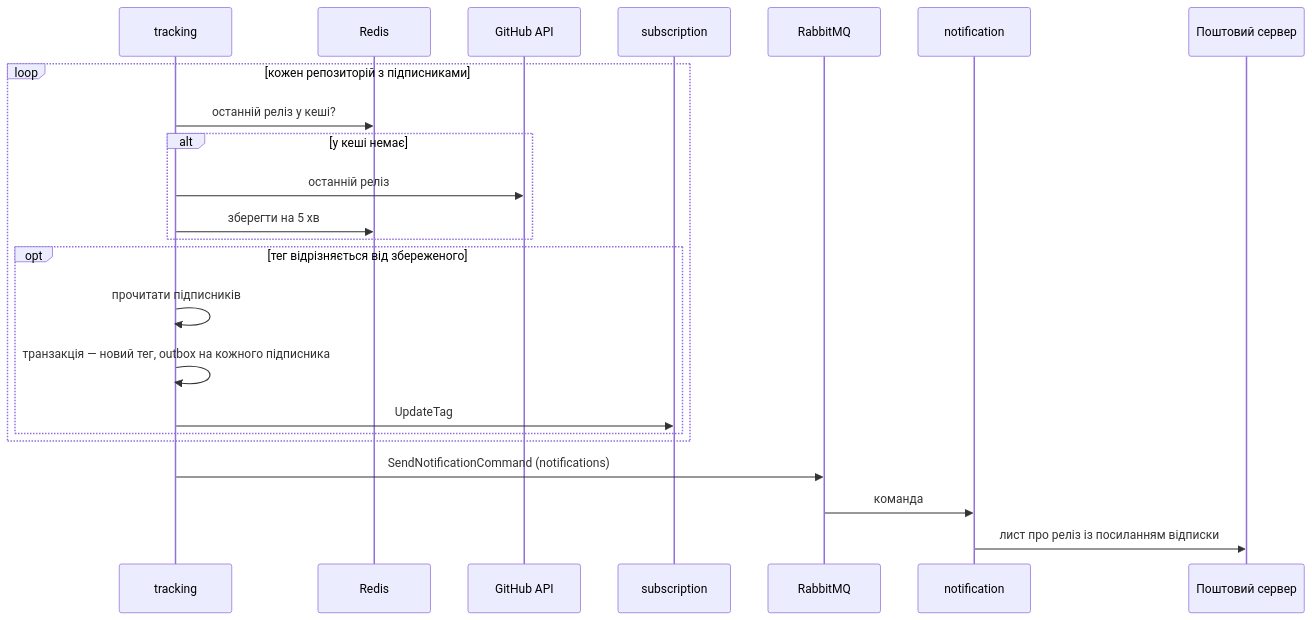
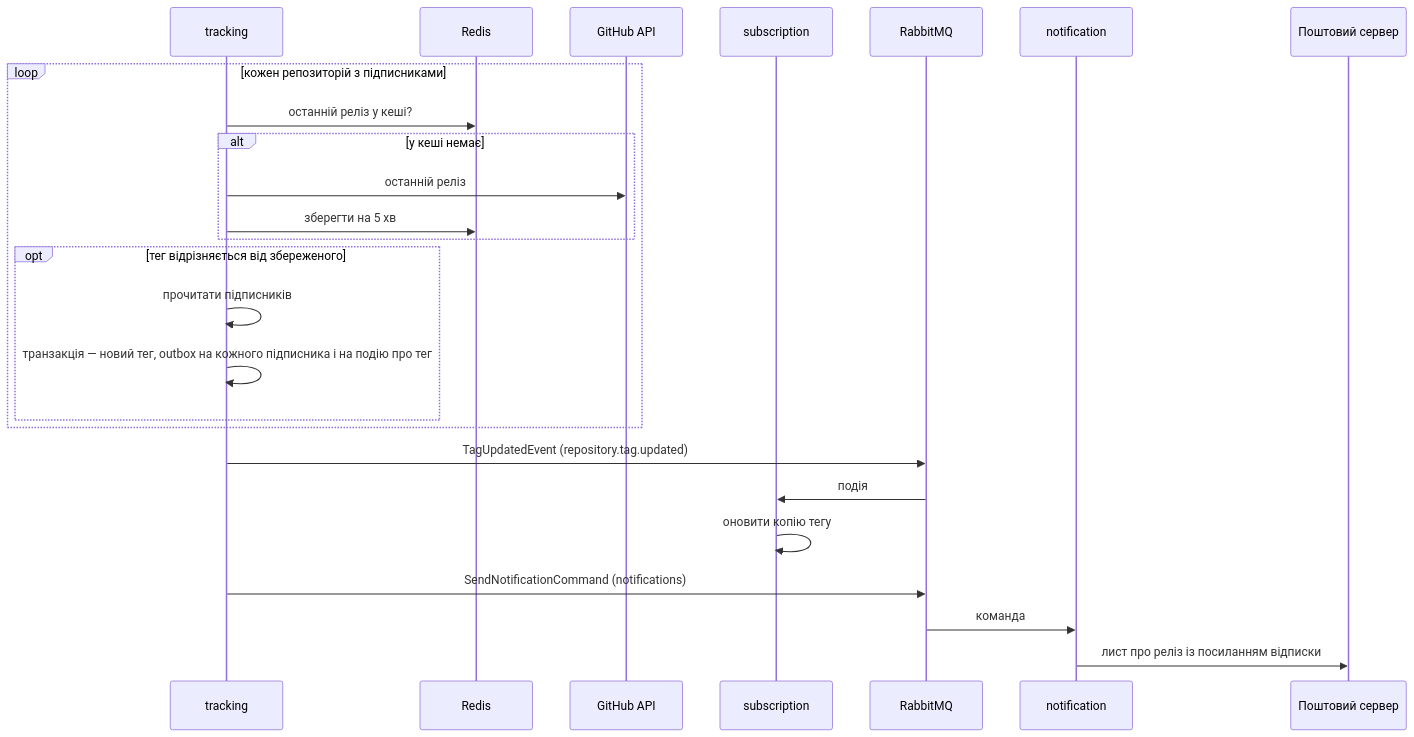
The eighth of 9 diagrams in spec.md (ReilEgor/GitHubRepoNotifier), drawn with Mermaid before and after one commit. The commit also changed other lines of this file and 6 other files, not shown here.

First line of the commit message:
fix(tracking): publish tag updates as an event instead of calling subscription

````diff
--- a/spec.md
+++ b/spec.md
@@ -479,25 +479,27 @@
 ```mermaid
 sequenceDiagram
     participant T as tracking
     participant R as Redis
     participant G as GitHub API
     participant S as subscription
     participant Q as RabbitMQ
     participant N as notification
     participant M as Поштовий сервер
     loop кожен репозиторій з підписниками
         T->>R: останній реліз у кеші?
         alt у кеші немає
             T->>G: останній реліз
             T->>R: зберегти на 5 хв
         end
         opt тег відрізняється від збереженого
             T->>T: прочитати підписників
-            T->>T: транзакція — новий тег, outbox на кожного підписника
-            T->>S: UpdateTag
+            T->>T: транзакція — новий тег, outbox на кожного підписника і на подію про тег
         end
     end
+    T->>Q: TagUpdatedEvent (repository.tag.updated)
+    Q->>S: подія
+    S->>S: оновити копію тегу
     T->>Q: SendNotificationCommand (notifications)
     Q->>N: команда
     N->>M: лист про реліз із посиланням відписки
 ```
````
